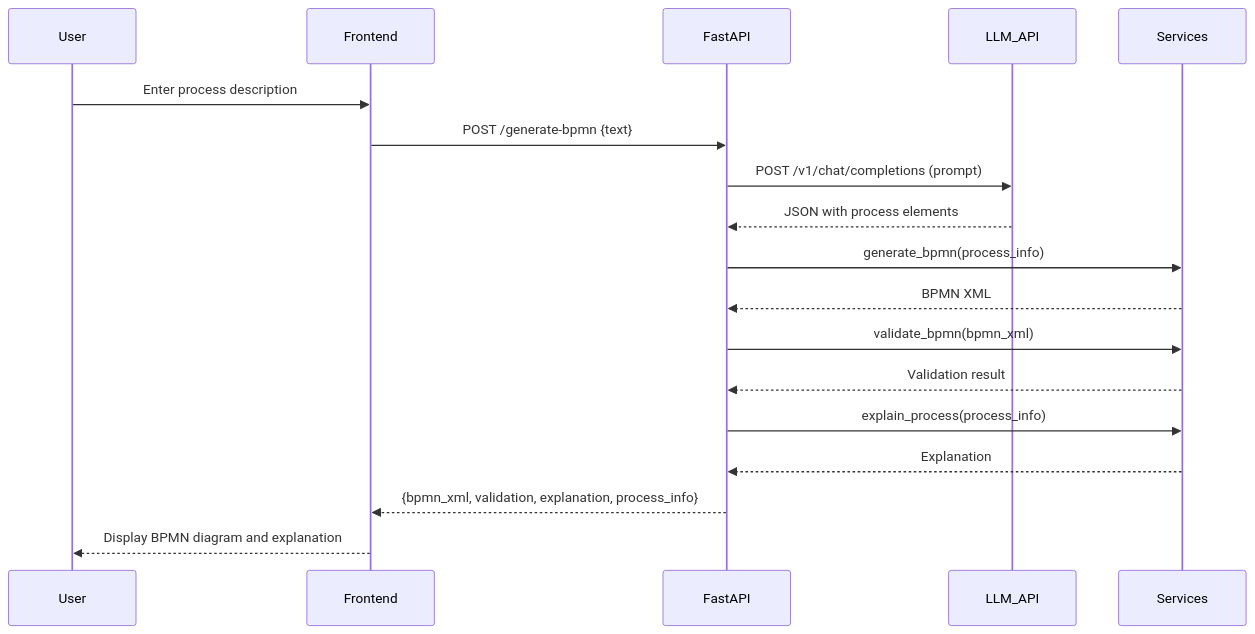
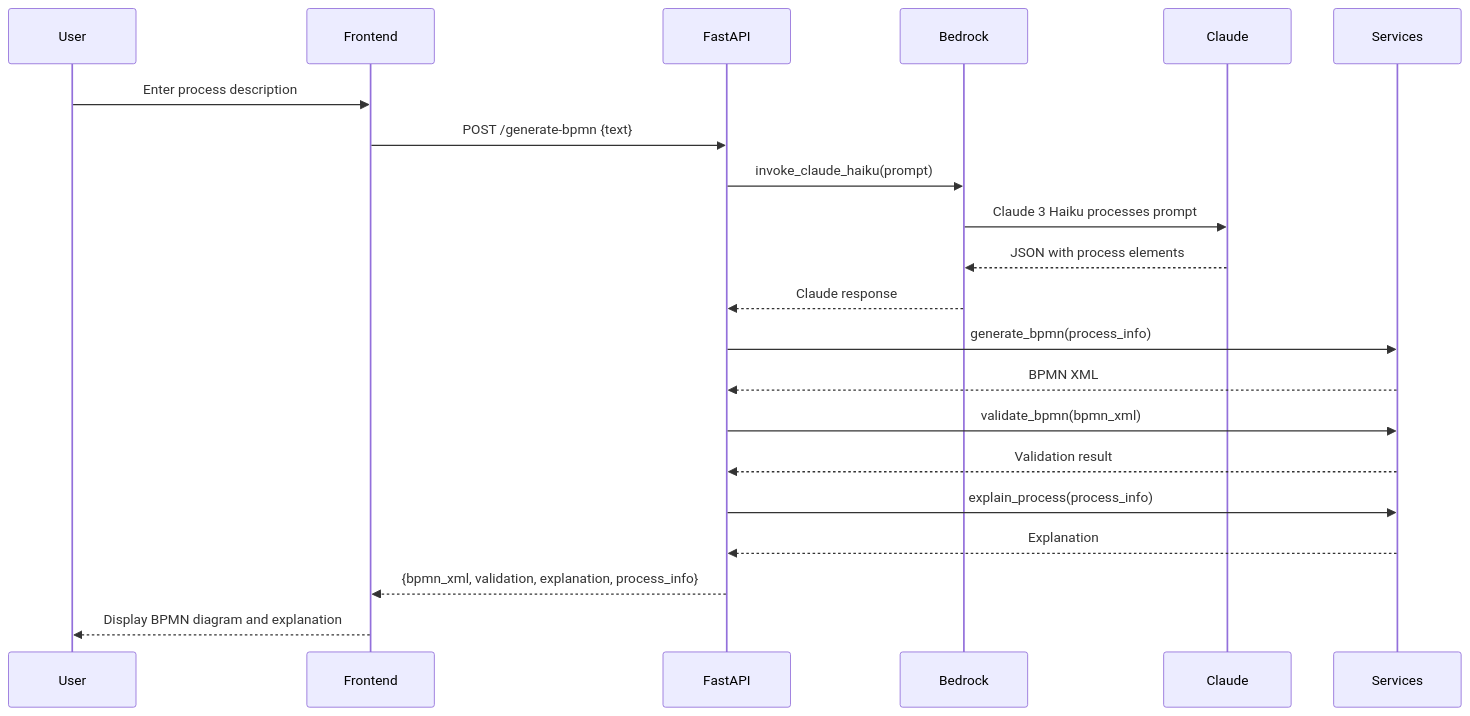
Before and after one commit to amdevilravi-cloud/bpmn-generator-ai: the diagram in README.md, drawn with Mermaid. The commit also changed other lines of this file, not shown here.

````diff
--- a/README.md
+++ b/README.md
@@ -43,21 +46,24 @@
 ```mermaid
 sequenceDiagram
     participant User
     participant Frontend
     participant FastAPI
-    participant LLM_API
+    participant Bedrock
+    participant Claude
     participant Services
 
     User->>Frontend: Enter process description
     Frontend->>FastAPI: POST /generate-bpmn {text}
-    FastAPI->>LLM_API: POST /v1/chat/completions (prompt)
-    LLM_API-->>FastAPI: JSON with process elements
+    FastAPI->>Bedrock: invoke_claude_haiku(prompt)
+    Bedrock->>Claude: Claude 3 Haiku processes prompt
+    Claude-->>Bedrock: JSON with process elements
+    Bedrock-->>FastAPI: Claude response
     FastAPI->>Services: generate_bpmn(process_info)
     Services-->>FastAPI: BPMN XML
     FastAPI->>Services: validate_bpmn(bpmn_xml)
     Services-->>FastAPI: Validation result
     FastAPI->>Services: explain_process(process_info)
     Services-->>FastAPI: Explanation
     FastAPI-->>Frontend: {bpmn_xml, validation, explanation, process_info}
     Frontend-->>User: Display BPMN diagram and explanation
 ```
````
